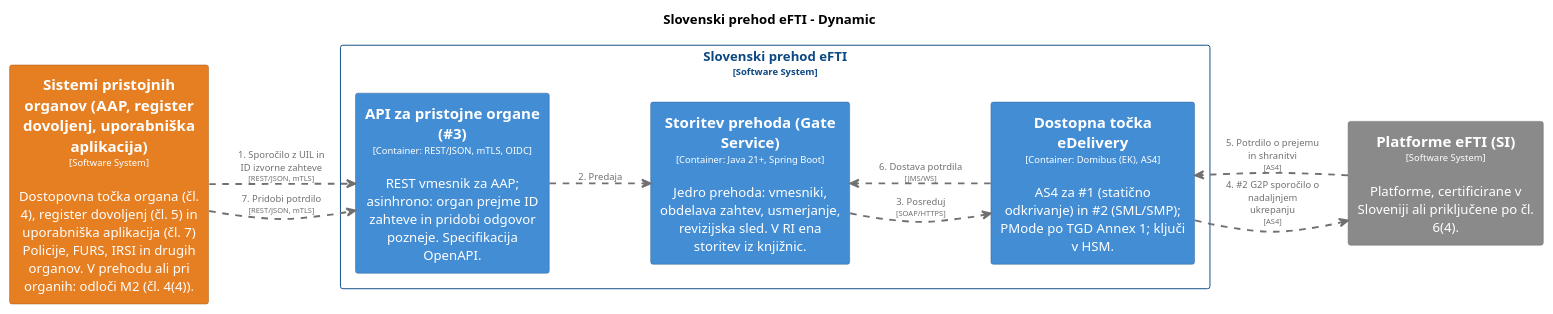
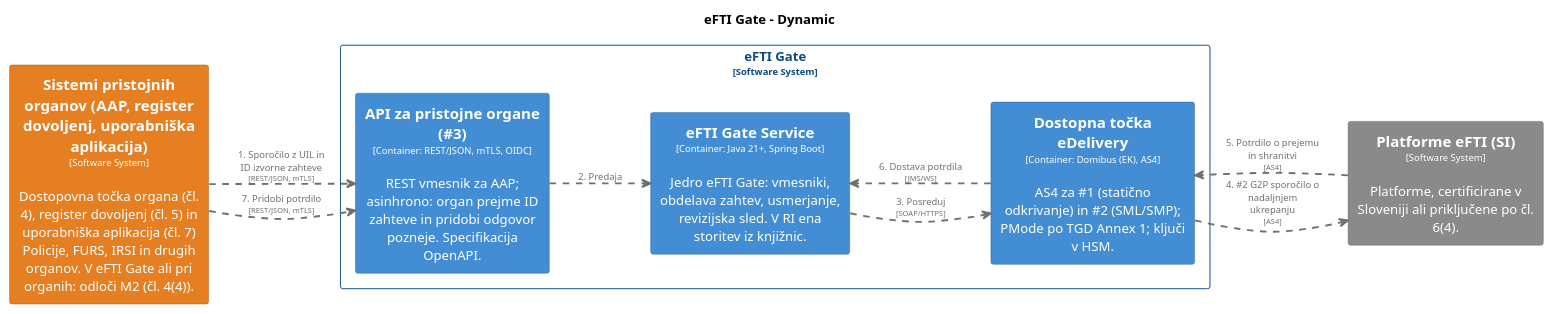
One commit to UM-KGPI/eFTI-Gate-SI changed the diagram in architecture/diagrams/structurizr-D5-Nadaljnje-ukrepanje.puml. Above: the diagram before and after it, drawn with PlantUML. The commit also changed 24 other files, not shown here.

First line of the commit message:
C4: enotno ime "eFTI Gate" v diagramih

```diff
--- a/architecture/diagrams/structurizr-D5-Nadaljnje-ukrepanje.puml
+++ b/architecture/diagrams/structurizr-D5-Nadaljnje-ukrepanje.puml
@@ -1,70 +1,70 @@
 @startuml
 set separator none
-title Slovenski prehod eFTI - Dynamic
+title eFTI Gate - Dynamic
 
 left to right direction
 skinparam ranksep 60
 skinparam nodesep 30
 
 skinparam {
   arrowFontSize 10
   defaultTextAlignment center
   wrapWidth 200
   maxMessageSize 100
 }
 
 hide stereotype
 
-skinparam rectangle<<SlovenskiprehodeFTI.APIzapristojneorgane3>> {
+skinparam rectangle<<eFTIGate.APIzapristojneorgane3>> {
   BackgroundColor #438dd5
   FontColor #ffffff
   BorderColor #2e6295
   shadowing false
 }
-skinparam rectangle<<SlovenskiprehodeFTI.DostopnatočkaeDelivery>> {
+skinparam rectangle<<eFTIGate.DostopnatočkaeDelivery>> {
   BackgroundColor #438dd5
   FontColor #ffffff
   BorderColor #2e6295
   shadowing false
 }
 skinparam rectangle<<PlatformeeFTISI>> {
   BackgroundColor #8a8a8a
   FontColor #ffffff
   BorderColor #606060
   shadowing false
 }
 skinparam rectangle<<SistemipristojnihorganovAAPregisterdovoljenjuporabniškaaplikacija>> {
   BackgroundColor #e67e22
   FontColor #ffffff
   BorderColor #a15817
   shadowing false
 }
-skinparam rectangle<<SlovenskiprehodeFTI.StoritevprehodaGateService>> {
+skinparam rectangle<<eFTIGate.eFTIGateService>> {
   BackgroundColor #438dd5
   FontColor #ffffff
   BorderColor #2e6295
   shadowing false
 }
-skinparam rectangle<<SlovenskiprehodeFTI>> {
+skinparam rectangle<<eFTIGate>> {
   BorderColor #0b4884
   FontColor #0b4884
   shadowing false
 }
 
-rectangle "Slovenski prehod eFTI\n<size:10>[Software System]</size>" <<SlovenskiprehodeFTI>> {
-  rectangle "==API za pristojne organe (#3)\n<size:10>[Container: REST/JSON, mTLS, OIDC]</size>\n\nREST vmesnik za AAP; asinhrono: organ prejme ID zahteve in pridobi odgovor pozneje. Specifikacija OpenAPI." <<SlovenskiprehodeFTI.APIzapristojneorgane3>> as SlovenskiprehodeFTI.APIzapristojneorgane3
-  rectangle "==Dostopna točka eDelivery\n<size:10>[Container: Domibus (EK), AS4]</size>\n\nAS4 za #1 (statično odkrivanje) in #2 (SML/SMP); PMode po TGD Annex 1; ključi v HSM." <<SlovenskiprehodeFTI.DostopnatočkaeDelivery>> as SlovenskiprehodeFTI.DostopnatočkaeDelivery
-  rectangle "==Storitev prehoda (Gate Service)\n<size:10>[Container: Java 21+, Spring Boot]</size>\n\nJedro prehoda: vmesniki, obdelava zahtev, usmerjanje, revizijska sled. V RI ena storitev iz knjižnic." <<SlovenskiprehodeFTI.StoritevprehodaGateService>> as SlovenskiprehodeFTI.StoritevprehodaGateService
+rectangle "eFTI Gate\n<size:10>[Software System]</size>" <<eFTIGate>> {
+  rectangle "==API za pristojne organe (#3)\n<size:10>[Container: REST/JSON, mTLS, OIDC]</size>\n\nREST vmesnik za AAP; asinhrono: organ prejme ID zahteve in pridobi odgovor pozneje. Specifikacija OpenAPI." <<eFTIGate.APIzapristojneorgane3>> as eFTIGate.APIzapristojneorgane3
+  rectangle "==Dostopna točka eDelivery\n<size:10>[Container: Domibus (EK), AS4]</size>\n\nAS4 za #1 (statično odkrivanje) in #2 (SML/SMP); PMode po TGD Annex 1; ključi v HSM." <<eFTIGate.DostopnatočkaeDelivery>> as eFTIGate.DostopnatočkaeDelivery
+  rectangle "==eFTI Gate Service\n<size:10>[Container: Java 21+, Spring Boot]</size>\n\nJedro eFTI Gate: vmesniki, obdelava zahtev, usmerjanje, revizijska sled. V RI ena storitev iz knjižnic." <<eFTIGate.eFTIGateService>> as eFTIGate.eFTIGateService
 }
 
-rectangle "==Sistemi pristojnih organov (AAP, register dovoljenj, uporabniška aplikacija)\n<size:10>[Software System]</size>\n\nDostopovna točka organa (čl. 4), register dovoljenj (čl. 5) in uporabniška aplikacija (čl. 7) Policije, FURS, IRSI in drugih organov. V prehodu ali pri organih: odloči M2 (čl. 4(4))." <<SistemipristojnihorganovAAPregisterdovoljenjuporabniškaaplikacija>> as SistemipristojnihorganovAAPregisterdovoljenjuporabniškaaplikacija
+rectangle "==Sistemi pristojnih organov (AAP, register dovoljenj, uporabniška aplikacija)\n<size:10>[Software System]</size>\n\nDostopovna točka organa (čl. 4), register dovoljenj (čl. 5) in uporabniška aplikacija (čl. 7) Policije, FURS, IRSI in drugih organov. V eFTI Gate ali pri organih: odloči M2 (čl. 4(4))." <<SistemipristojnihorganovAAPregisterdovoljenjuporabniškaaplikacija>> as SistemipristojnihorganovAAPregisterdovoljenjuporabniškaaplikacija
 rectangle "==Platforme eFTI (SI)\n<size:10>[Software System]</size>\n\nPlatforme, certificirane v Sloveniji ali priključene po čl. 6(4)." <<PlatformeeFTISI>> as PlatformeeFTISI
 
-SistemipristojnihorganovAAPregisterdovoljenjuporabniškaaplikacija .[#707070,thickness=2].> SlovenskiprehodeFTI.APIzapristojneorgane3 : "<color:#707070>1. Sporočilo z UIL in ID izvorne zahteve\n<color:#707070><size:8>[REST/JSON, mTLS]</size>"
-SlovenskiprehodeFTI.APIzapristojneorgane3 .[#707070,thickness=2].> SlovenskiprehodeFTI.StoritevprehodaGateService : "<color:#707070>2. Predaja"
-SlovenskiprehodeFTI.StoritevprehodaGateService .[#707070,thickness=2].> SlovenskiprehodeFTI.DostopnatočkaeDelivery : "<color:#707070>3. Posreduj\n<color:#707070><size:8>[SOAP/HTTPS]</size>"
-SlovenskiprehodeFTI.DostopnatočkaeDelivery .[#707070,thickness=2].> PlatformeeFTISI : "<color:#707070>4. #2 G2P sporočilo o nadaljnjem ukrepanju\n<color:#707070><size:8>[AS4]</size>"
-PlatformeeFTISI .[#707070,thickness=2].> SlovenskiprehodeFTI.DostopnatočkaeDelivery : "<color:#707070>5. Potrdilo o prejemu in shranitvi\n<color:#707070><size:8>[AS4]</size>"
-SlovenskiprehodeFTI.DostopnatočkaeDelivery .[#707070,thickness=2].> SlovenskiprehodeFTI.StoritevprehodaGateService : "<color:#707070>6. Dostava potrdila\n<color:#707070><size:8>[JMS/WS]</size>"
-SistemipristojnihorganovAAPregisterdovoljenjuporabniškaaplikacija .[#707070,thickness=2].> SlovenskiprehodeFTI.APIzapristojneorgane3 : "<color:#707070>7. Pridobi potrdilo\n<color:#707070><size:8>[REST/JSON, mTLS]</size>"
+SistemipristojnihorganovAAPregisterdovoljenjuporabniškaaplikacija .[#707070,thickness=2].> eFTIGate.APIzapristojneorgane3 : "<color:#707070>1. Sporočilo z UIL in ID izvorne zahteve\n<color:#707070><size:8>[REST/JSON, mTLS]</size>"
+eFTIGate.APIzapristojneorgane3 .[#707070,thickness=2].> eFTIGate.eFTIGateService : "<color:#707070>2. Predaja"
+eFTIGate.eFTIGateService .[#707070,thickness=2].> eFTIGate.DostopnatočkaeDelivery : "<color:#707070>3. Posreduj\n<color:#707070><size:8>[SOAP/HTTPS]</size>"
+eFTIGate.DostopnatočkaeDelivery .[#707070,thickness=2].> PlatformeeFTISI : "<color:#707070>4. #2 G2P sporočilo o nadaljnjem ukrepanju\n<color:#707070><size:8>[AS4]</size>"
+PlatformeeFTISI .[#707070,thickness=2].> eFTIGate.DostopnatočkaeDelivery : "<color:#707070>5. Potrdilo o prejemu in shranitvi\n<color:#707070><size:8>[AS4]</size>"
+eFTIGate.DostopnatočkaeDelivery .[#707070,thickness=2].> eFTIGate.eFTIGateService : "<color:#707070>6. Dostava potrdila\n<color:#707070><size:8>[JMS/WS]</size>"
+SistemipristojnihorganovAAPregisterdovoljenjuporabniškaaplikacija .[#707070,thickness=2].> eFTIGate.APIzapristojneorgane3 : "<color:#707070>7. Pridobi potrdilo\n<color:#707070><size:8>[REST/JSON, mTLS]</size>"
 @enduml
```
